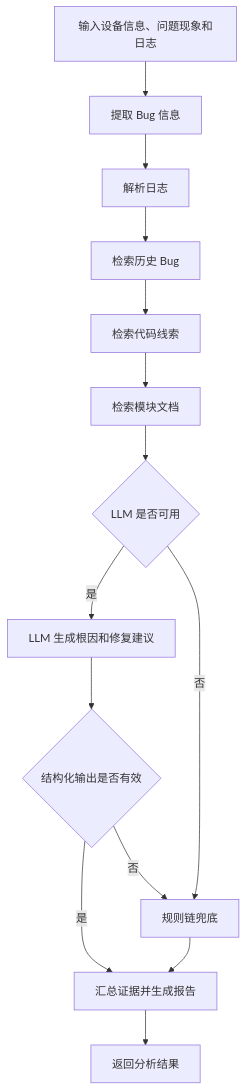
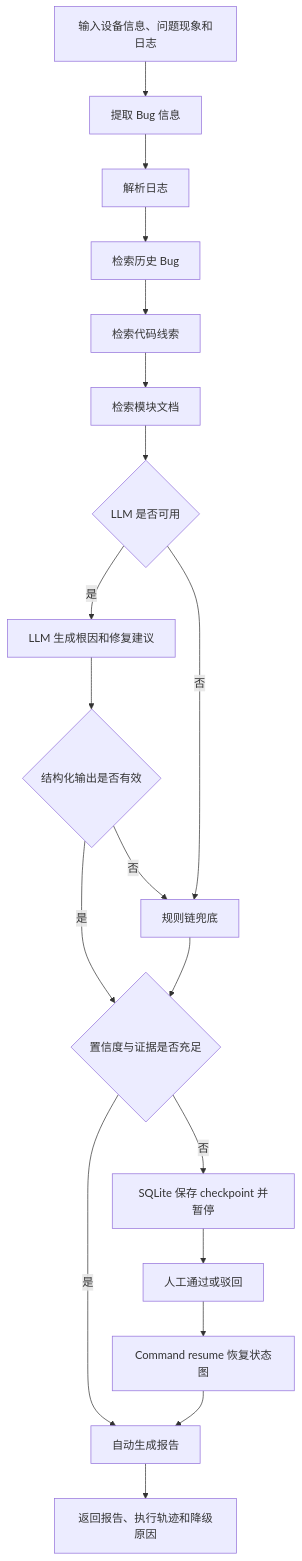
One commit to dreamautumn822-max/embedded-bug-analysis-agent changed the diagram in README.md. Above: the diagram before and after it, drawn with Mermaid. The commit also changed other lines of this file and 127 other files, not shown here.

````diff
--- a/README.md
+++ b/README.md
@@ -20,16 +28,21 @@
 ```mermaid
 flowchart TD
     A[输入设备信息、问题现象和日志] --> B[提取 Bug 信息]
     B --> C[解析日志]
     C --> D[检索历史 Bug]
     D --> E[检索代码线索]
     E --> F[检索模块文档]
     F --> G{LLM 是否可用}
     G -->|是| H[LLM 生成根因和修复建议]
     H --> I{结构化输出是否有效}
-    I -->|是| K[汇总证据并生成报告]
+    I -->|是| M{置信度与证据是否充足}
     I -->|否| J[规则链兜底]
     G -->|否| J
-    J --> K
-    K --> L[返回分析结果]
+    J --> M
+    M -->|是| K[自动生成报告]
+    M -->|否| N[SQLite 保存 checkpoint 并暂停]
+    N --> O[人工通过或驳回]
+    O --> P[Command resume 恢复状态图]
+    P --> K
+    K --> L[返回报告、执行轨迹和降级原因]
 ```
````
